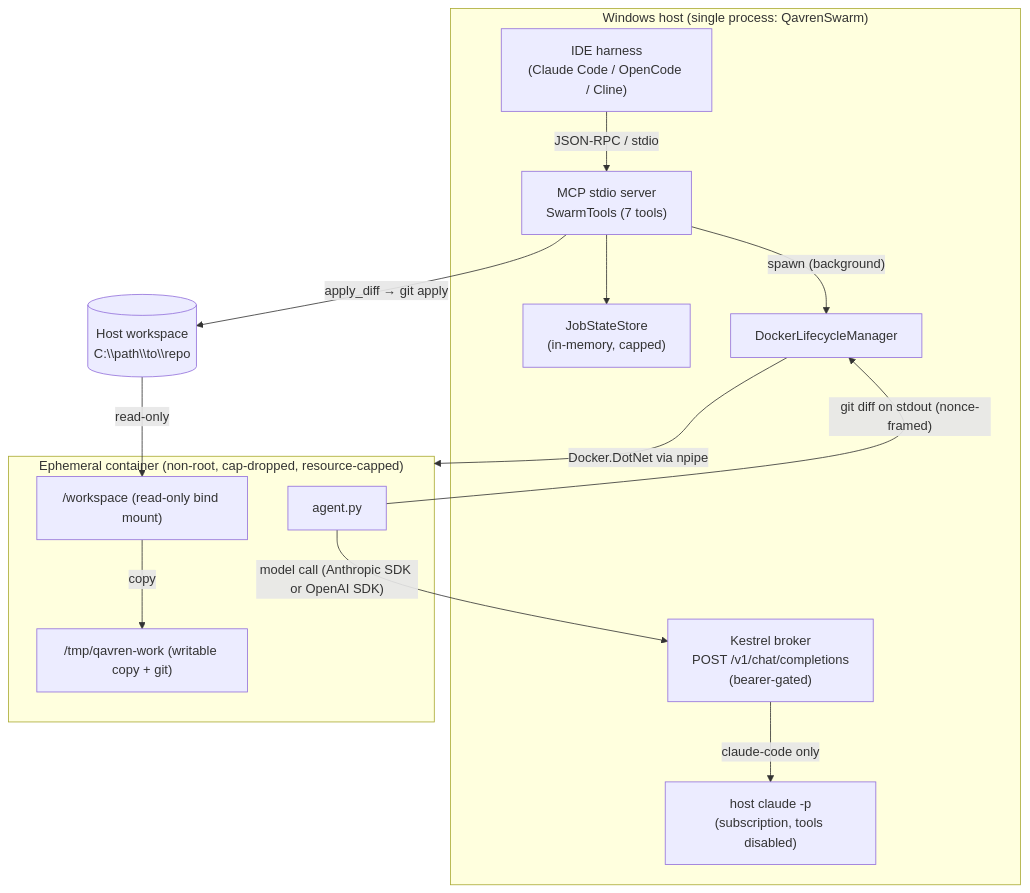
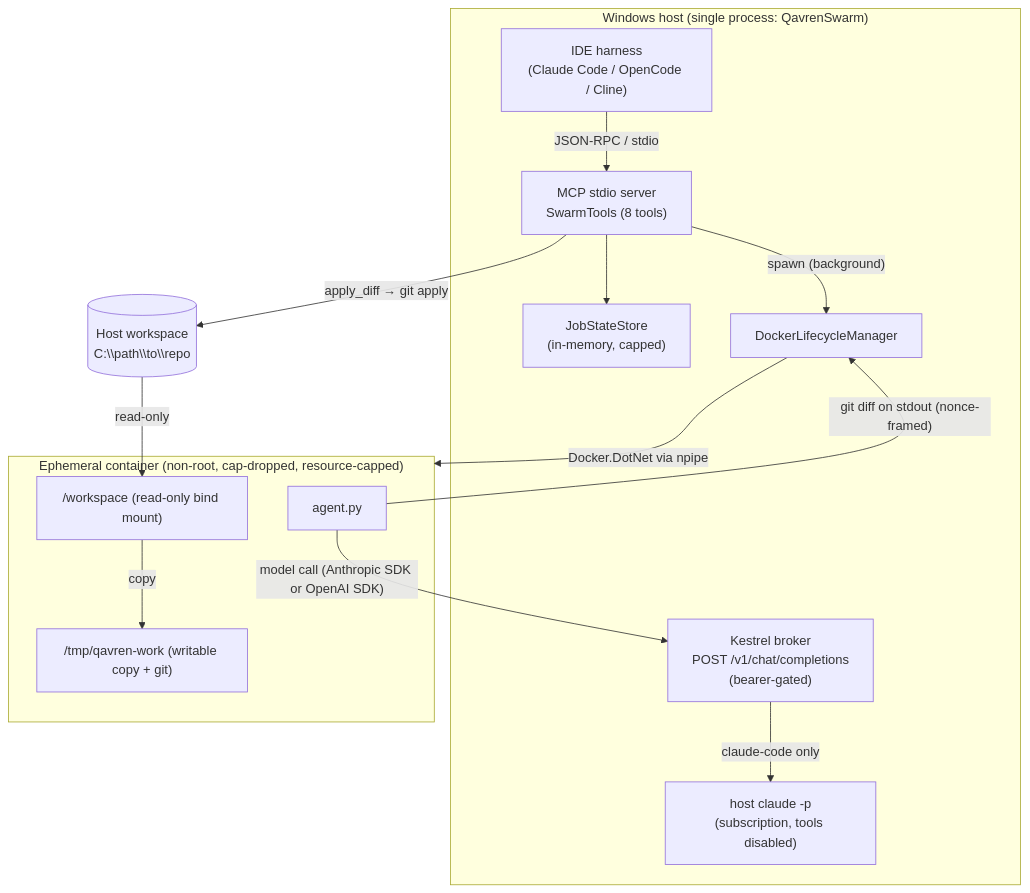
The diagram in README.md (stevenfackley/Qavren-Swarm), drawn with Mermaid before and after one commit. The commit also changed other lines of this file and 10 other files, not shown here.

````diff
--- a/README.md
+++ b/README.md
@@ -30,30 +30,30 @@
 ```mermaid
 flowchart TB
     subgraph host["Windows host (single process: QavrenSwarm)"]
         IDE["IDE harness<br/>(Claude Code / OpenCode / Cline)"]
-        MCP["MCP stdio server<br/>SwarmTools (7 tools)"]
+        MCP["MCP stdio server<br/>SwarmTools (8 tools)"]
         STORE["JobStateStore<br/>(in-memory, capped)"]
         DLM["DockerLifecycleManager"]
         BROKER["Kestrel broker<br/>POST /v1/chat/completions<br/>(bearer-gated)"]
         CLAUDE["host claude -p<br/>(subscription, tools disabled)"]
     end
 
     subgraph container["Ephemeral container (non-root, cap-dropped, resource-capped)"]
         AGENT["agent.py"]
         WS["/workspace (read-only bind mount)"]
         WORK["/tmp/qavren-work (writable copy + git)"]
     end
 
     HOSTFS[("Host workspace<br/>C:\\path\\to\\repo")]
 
     IDE -- "JSON-RPC / stdio" --> MCP
     MCP --> STORE
     MCP -- "spawn (background)" --> DLM
     DLM -- "Docker.DotNet via npipe" --> container
     HOSTFS -- "read-only" --> WS
     WS -- "copy" --> WORK
     AGENT -- "model call (Anthropic SDK or OpenAI SDK)" --> BROKER
     BROKER -- "claude-code only" --> CLAUDE
     AGENT -- "git diff on stdout (nonce-framed)" --> DLM
     MCP -- "apply_diff → git apply" --> HOSTFS
 ```
````
